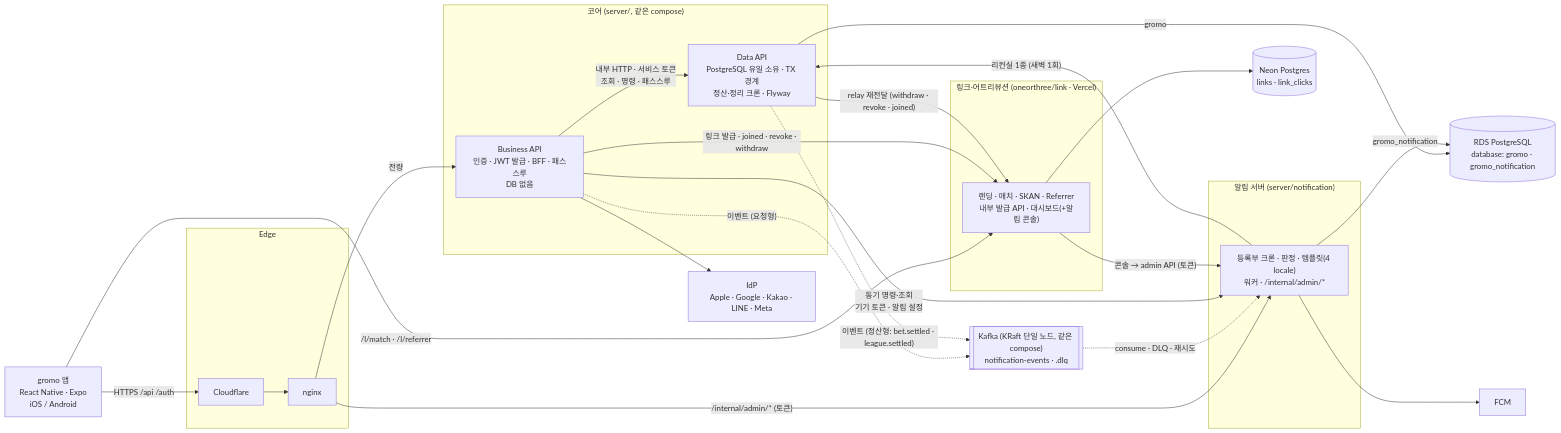
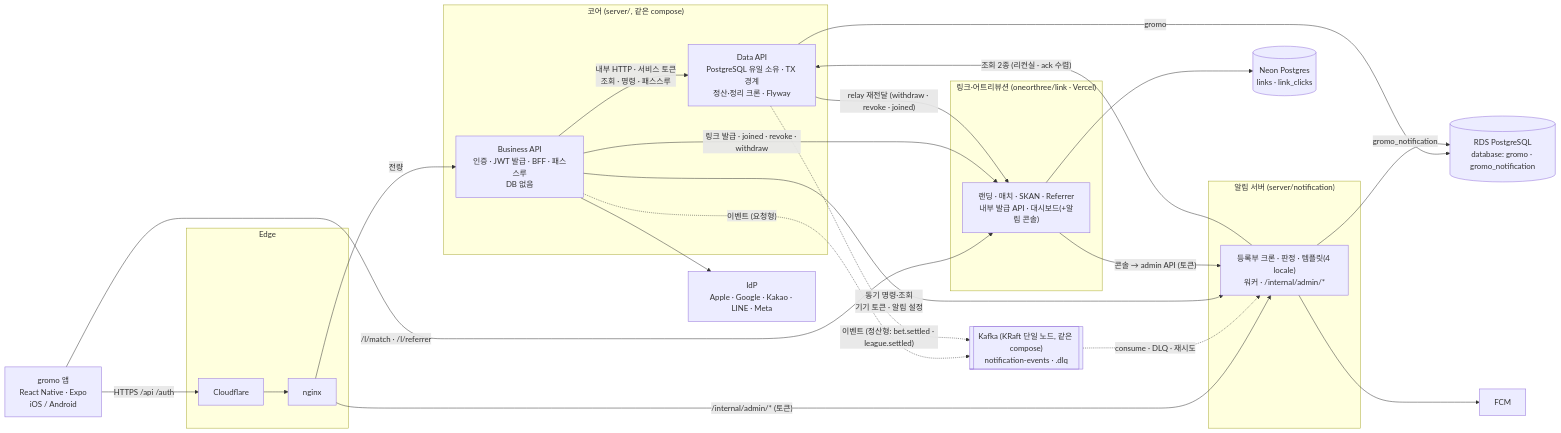
The first of 2 diagrams in docs/architecture/service-architecture.md (OneOrThree/phone), drawn with Mermaid before and after one commit. The commit also changed other lines of this file and 2 other files, not shown here.

First line of the commit message:
[CHORE] GROMO-1727 codex 12라운드 반영 — ack 자기 수렴 · version 거부 범위 · 클릭 상태 전이 이관 · 서명 자격

````diff
--- a/docs/architecture/service-architecture.md
+++ b/docs/architecture/service-architecture.md
@@ -12,41 +12,41 @@
 ```mermaid
 flowchart LR
   APP["gromo 앱<br/>React Native · Expo<br/>iOS / Android"]
   subgraph Edge["Edge"]
     CF["Cloudflare"] --> NX["nginx"]
   end
   subgraph Core["코어 (server/, 같은 compose)"]
     BIZ["Business API<br/>인증 · JWT 발급 · BFF · 패스스루<br/>DB 없음"]
     DATA["Data API<br/>PostgreSQL 유일 소유 · TX 경계<br/>정산·정리 크론 · Flyway"]
   end
   subgraph Noti["알림 서버 (server/notification)"]
     NS["등록부 크론 · 판정 · 템플릿(4 locale)<br/>워커 · /internal/admin/*"]
   end
   subgraph Link["링크·어트리뷰션 (oneorthree/link · Vercel)"]
     LK["랜딩 · 매치 · SKAN · Referrer<br/>내부 발급 API · 대시보드(+알림 콘솔)"]
   end
   PG[("RDS PostgreSQL<br/>database: gromo · gromo_notification")]
   NEON[("Neon Postgres<br/>links · link_clicks")]
   FCM["FCM"]
   IDP["IdP<br/>Apple · Google · Kakao · LINE · Meta"]
 
   APP -->|"HTTPS /api /auth"| CF
   NX -->|"전량"| BIZ
   NX -->|"/internal/admin/* (토큰)"| NS
   APP -->|"/l/match · /l/referrer"| LK
   BIZ -->|"내부 HTTP · 서비스 토큰<br/>조회 · 명령 · 패스스루"| DATA
   KAFKA[["Kafka (KRaft 단일 노드, 같은 compose)<br/>notification-events · .dlq"]]
   BIZ -.->|"이벤트 (요청형)"| KAFKA
   DATA -.->|"이벤트 (정산형: bet.settled · league.settled)"| KAFKA
   KAFKA -.->|"consume · DLQ · 재시도"| NS
   BIZ -->|"동기 명령·조회<br/>기기 토큰 · 알림 설정"| NS
-  NS -->|"리컨실 1종 (새벽 1회)"| DATA
+  NS -->|"조회 2종 (리컨실 · ack 수렴)"| DATA
   BIZ -->|"링크 발급 · joined · revoke · withdraw"| LK
   DATA -->|"relay 재전달 (withdraw · revoke · joined)"| LK
   DATA -->|"gromo"| PG
   NS -->|"gromo_notification"| PG
   LK --> NEON
   NS --> FCM
   BIZ --> IDP
   LK -->|"콘솔 → admin API (토큰)"| NS
 ```
````
